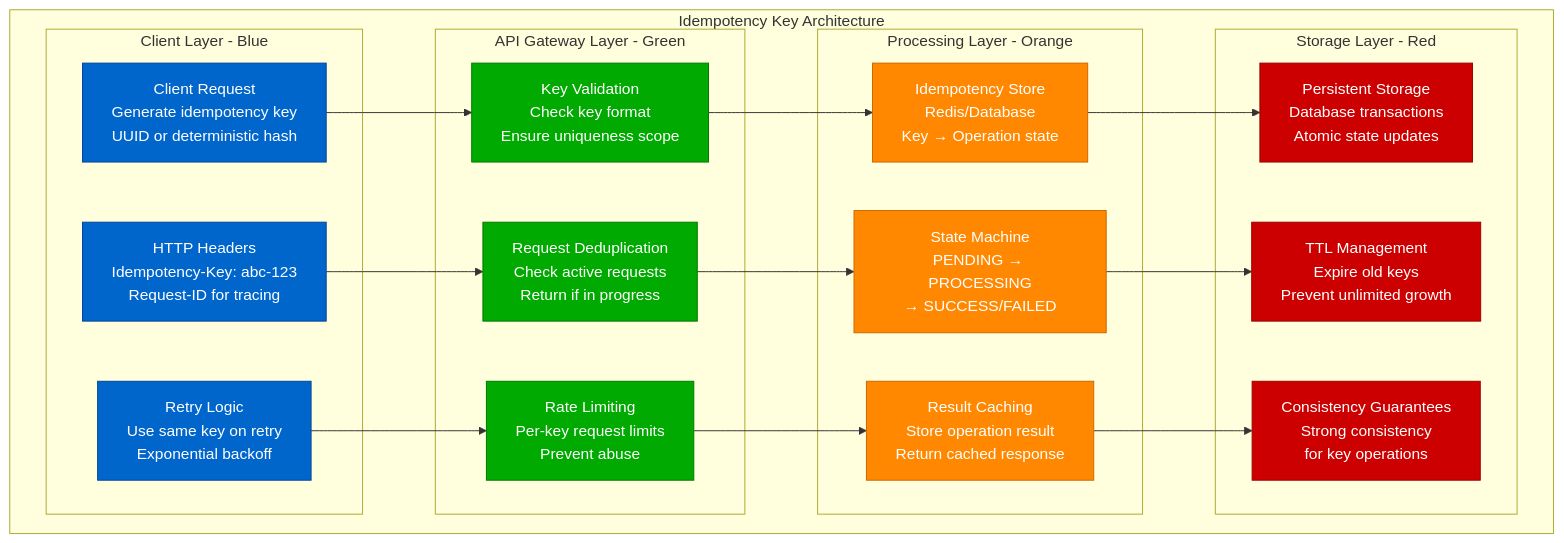
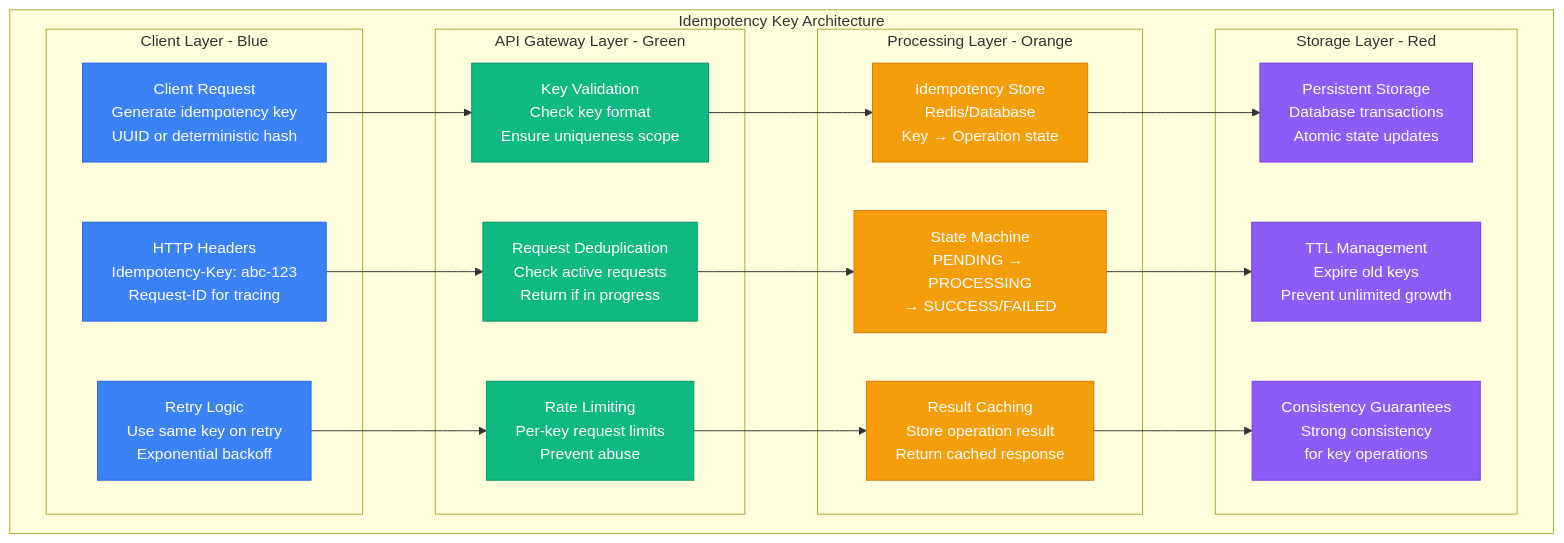
One commit to deepaucksharma/DS changed the first of 8 diagrams in site/docs/guarantees/exactly-once/exactly-once-implementation.md. Above: the diagram before and after it, drawn with Mermaid. The commit also changed other lines of this file and 303 other files, not shown here.

````diff
--- a/site/docs/guarantees/exactly-once/exactly-once-implementation.md
+++ b/site/docs/guarantees/exactly-once/exactly-once-implementation.md
@@ -9,52 +9,52 @@
 ```mermaid
 graph TB
     subgraph IdempotencyArchitecture[Idempotency Key Architecture]
         subgraph ClientLayer[Client Layer - Blue]
             CL1[Client Request<br/>Generate idempotency key<br/>UUID or deterministic hash]
             CL2[HTTP Headers<br/>Idempotency-Key: abc-123<br/>Request-ID for tracing]
             CL3[Retry Logic<br/>Use same key on retry<br/>Exponential backoff]
         end
 
         subgraph GatewayLayer[API Gateway Layer - Green]
             GL1[Key Validation<br/>Check key format<br/>Ensure uniqueness scope]
             GL2[Request Deduplication<br/>Check active requests<br/>Return if in progress]
             GL3[Rate Limiting<br/>Per-key request limits<br/>Prevent abuse]
         end
 
         subgraph ProcessingLayer[Processing Layer - Orange]
             PL1[Idempotency Store<br/>Redis/Database<br/>Key → Operation state]
             PL2[State Machine<br/>PENDING → PROCESSING<br/>→ SUCCESS/FAILED]
             PL3[Result Caching<br/>Store operation result<br/>Return cached response]
         end
 
         subgraph StorageLayer[Storage Layer - Red]
             SL1[Persistent Storage<br/>Database transactions<br/>Atomic state updates]
             SL2[TTL Management<br/>Expire old keys<br/>Prevent unlimited growth]
             SL3[Consistency Guarantees<br/>Strong consistency<br/>for key operations]
         end
     end
 
     %% Flow connections
     CL1 --> GL1
     CL2 --> GL2
     CL3 --> GL3
 
     GL1 --> PL1
     GL2 --> PL2
     GL3 --> PL3
 
     PL1 --> SL1
     PL2 --> SL2
     PL3 --> SL3
 
     %% Apply 4-plane colors
-    classDef clientStyle fill:#0066CC,stroke:#004499,color:#fff
-    classDef gatewayStyle fill:#00AA00,stroke:#007700,color:#fff
-    classDef processingStyle fill:#FF8800,stroke:#CC6600,color:#fff
-    classDef storageStyle fill:#CC0000,stroke:#990000,color:#fff
+    classDef clientStyle fill:#3B82F6,stroke:#2563EB,color:#fff
+    classDef gatewayStyle fill:#10B981,stroke:#059669,color:#fff
+    classDef processingStyle fill:#F59E0B,stroke:#D97706,color:#fff
+    classDef storageStyle fill:#8B5CF6,stroke:#7C3AED,color:#fff
 
     class CL1,CL2,CL3 clientStyle
     class GL1,GL2,GL3 gatewayStyle
     class PL1,PL2,PL3 processingStyle
     class SL1,SL2,SL3 storageStyle
 ```
````
